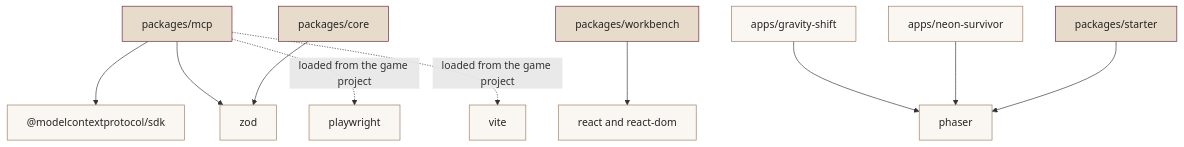
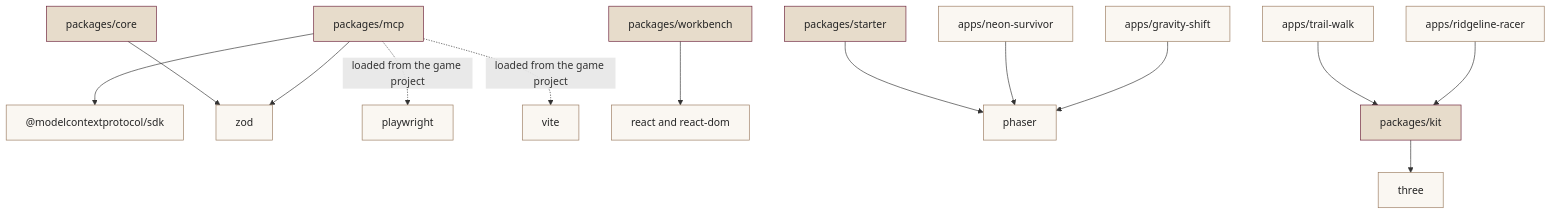
Before and after one commit to bala2006/game-dna: the diagram in docs/DEPENDENCY_INVENTORY.md, drawn with Mermaid. The commit also changed other lines of this file and 49 other files, not shown here.

First line of the commit message:
feat(kit): add the GameDNA Kit and two three.js apps built on it

````diff
--- a/docs/DEPENDENCY_INVENTORY.md
+++ b/docs/DEPENDENCY_INVENTORY.md
@@ -38,18 +39,21 @@
 ```mermaid
 flowchart TD
   MCP["packages/mcp"] --> SDK["@modelcontextprotocol/sdk"]
   MCP --> ZOD["zod"]
   MCP -.->|"loaded from the game project"| PW["playwright"]
   MCP -.->|"loaded from the game project"| VITE["vite"]
   CORE["packages/core"] --> ZOD
   WB["packages/workbench"] --> REACT["react and react-dom"]
   GS["apps/gravity-shift"] --> PH["phaser"]
   NS["apps/neon-survivor"] --> PH
   ST["packages/starter"] --> PH
+  KIT["packages/kit"] --> THREE["three"]
+  RR["apps/ridgeline-racer"] --> KIT
+  TW["apps/trail-walk"] --> KIT
   classDef kiro fill:#6B2038,stroke:#6B2038,color:#FAF7F2
   classDef gd fill:#E7DCCB,stroke:#6B2038,color:#242424
   classDef game fill:#FAF7F2,stroke:#9A7B5F,color:#242424
-  class MCP,CORE,WB,ST gd
-  class GS,NS game
-  class SDK,ZOD,PW,VITE,REACT,PH game
+  class MCP,CORE,WB,ST,KIT gd
+  class GS,NS,RR,TW game
+  class SDK,ZOD,PW,VITE,REACT,PH,THREE game
 ```
````
